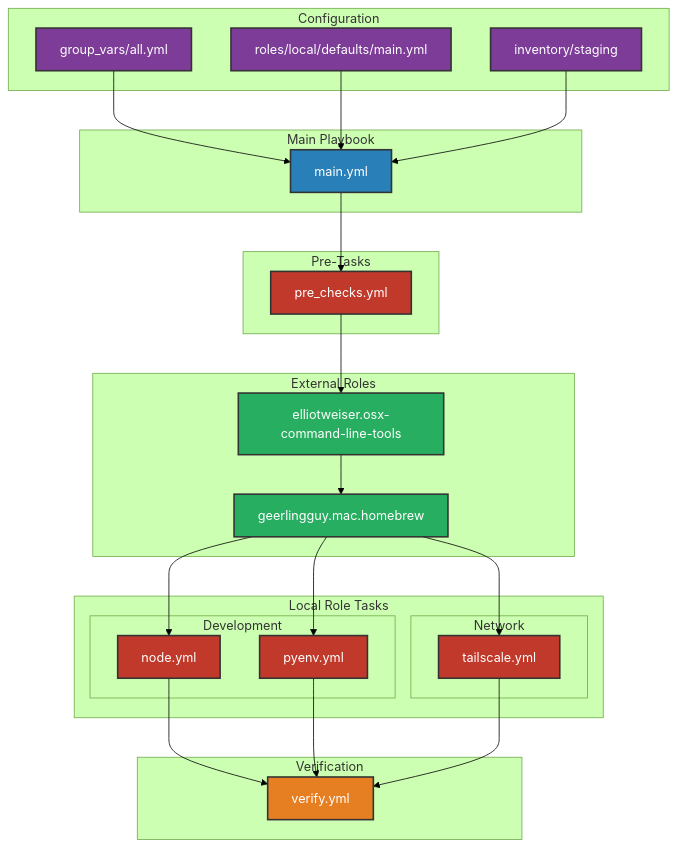
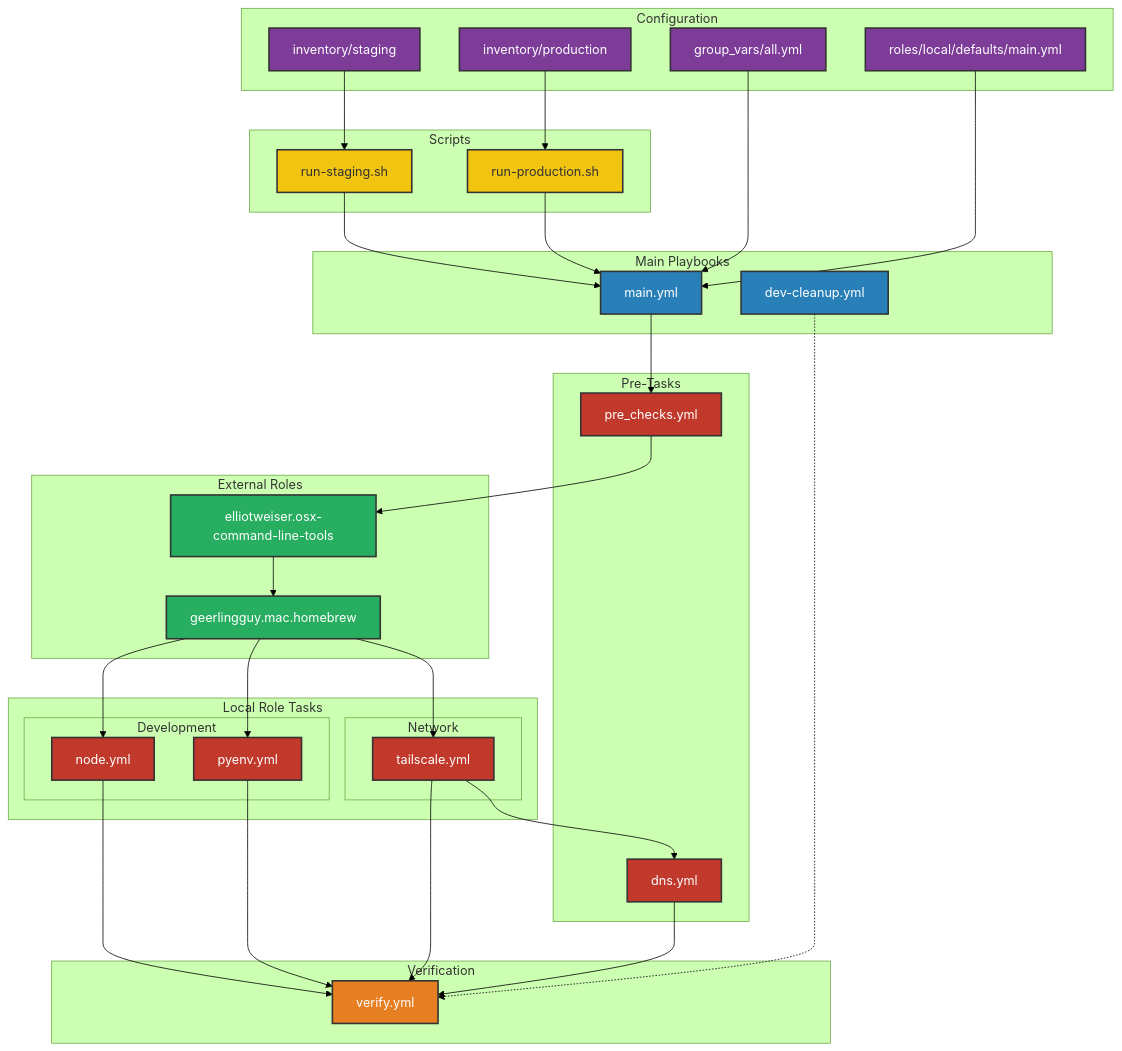
One commit to orangeadmtl/oaAnsible changed the diagram in docs/WORKFLOW.md. Above: the diagram before and after it, drawn with Mermaid (forest theme). The commit also changed other lines of this file and 3 other files, not shown here.

````diff
--- a/docs/WORKFLOW.md
+++ b/docs/WORKFLOW.md
@@ -3,57 +3,68 @@
 ```mermaid
 graph TB
     classDef configFile fill:#7D3C98,color:#fff,stroke:#333,stroke-width:2px;
     classDef playbook fill:#2980B9,color:#fff,stroke:#333,stroke-width:2px;
     classDef role fill:#27AE60,color:#fff,stroke:#333,stroke-width:2px;
     classDef task fill:#C0392B,color:#fff,stroke:#333,stroke-width:2px;
     classDef verify fill:#E67E22,color:#fff,stroke:#333,stroke-width:2px;
+    classDef script fill:#F1C40F,color:#333,stroke:#333,stroke-width:2px;
 
     subgraph Configuration
         O[group_vars/all.yml]:::configFile
         P[roles/local/defaults/main.yml]:::configFile
         Q[inventory/staging]:::configFile
+        R[inventory/production]:::configFile
     end
 
-    subgraph Main Playbook
+    subgraph Scripts
+        S[run-staging.sh]:::script
+        T[run-production.sh]:::script
+    end
+
+    subgraph Main Playbooks
         A[main.yml]:::playbook
+        B[dev-cleanup.yml]:::playbook
     end
 
     subgraph Pre-Tasks
         PreC[pre_checks.yml]:::task
+        DNS[dns.yml]:::task
     end
 
     subgraph External Roles
         D[elliotweiser.osx-command-line-tools]:::role
         E[geerlingguy.mac.homebrew]:::role
     end
 
     subgraph Local Role Tasks
         subgraph Development
             H[node.yml]:::task
             I[pyenv.yml]:::task
         end
-        
+
         subgraph Network
             J[tailscale.yml]:::task
         end
     end
 
     subgraph Verification
         V[verify.yml]:::verify
     end
 
-    O --> A
-    P --> A
-    Q --> A
+    S --> A
+    T --> A
+    O & P --> A
+    Q --> S
+    R --> T
 
     A --> PreC
     PreC --> D
     D --> E
-    E --> H
-    E --> I
-    E --> J
+    E --> H & I & J
+    J --> DNS
 
-    H --> V
-    I --> V
-    J --> V
+    H & I & J --> V
+    DNS --> V
+
+    B -.-> V
 ```
````
